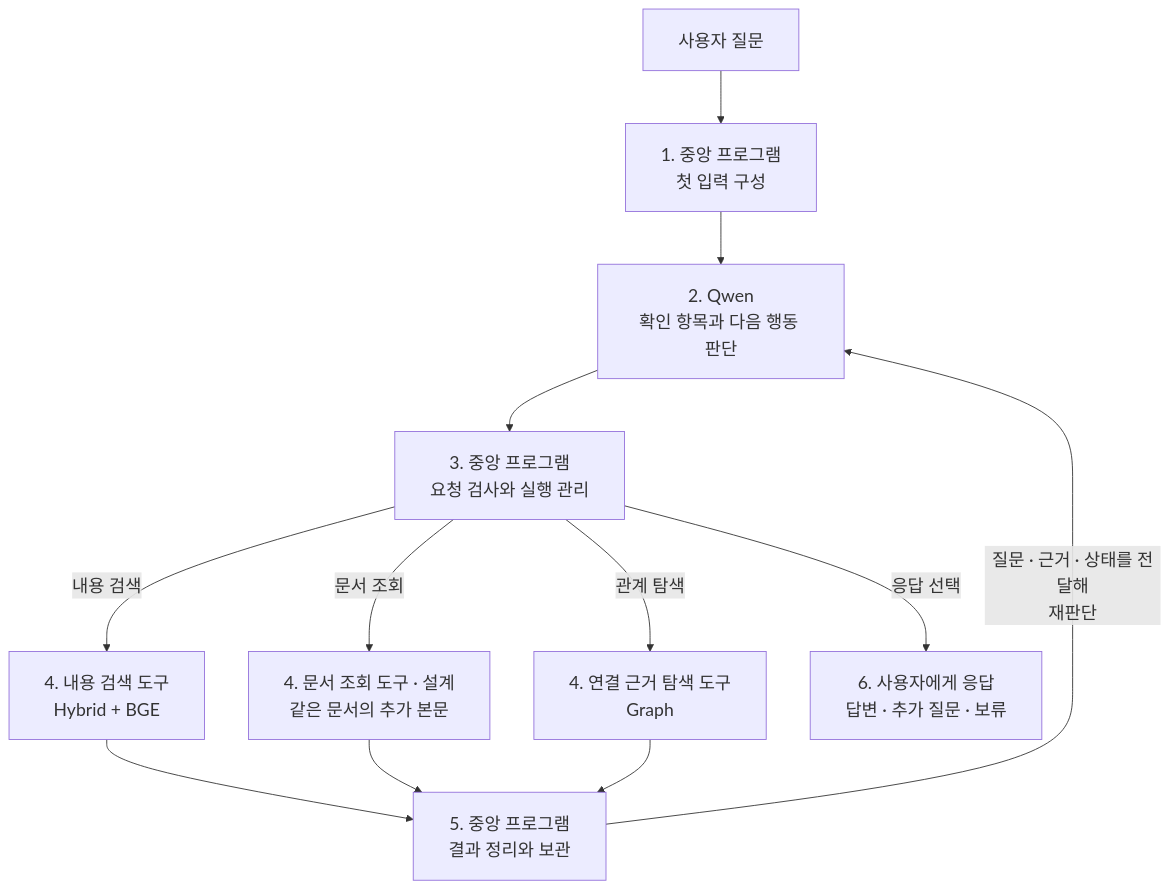
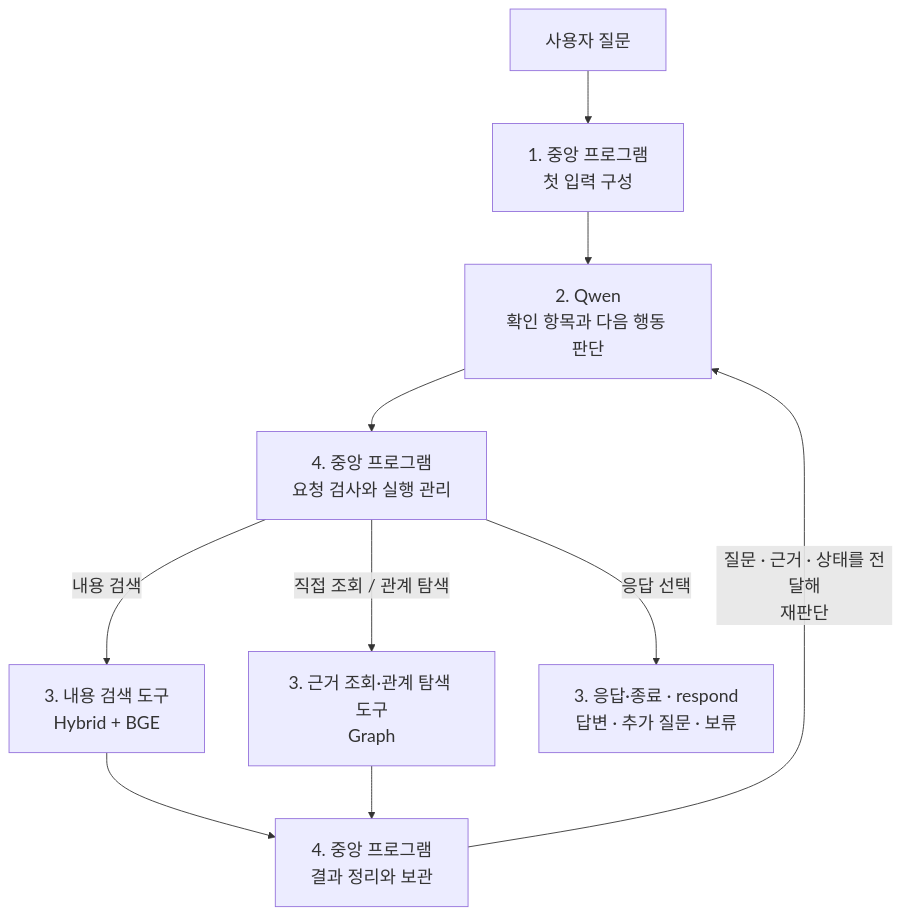
One commit to westiion/Civic-Link changed the first of 2 diagrams in week8/AGENT.md. Above: the diagram before and after it, drawn with Mermaid. The commit also changed other lines of this file and 25 other files, not shown here.

Commit message:
feat: implement graph evidence access and resumable agent comparisons

````diff
--- a/week8/AGENT.md
+++ b/week8/AGENT.md
@@ -5,23 +5,21 @@
 ```mermaid
 ---
 config:
   themeVariables:
     fontSize: "20px"
   flowchart:
     nodeSpacing: 50
     rankSpacing: 60
     padding: 20
 ---
 flowchart TD
     U["사용자 질문"] --> I["1. 중앙 프로그램<br/>첫 입력 구성"]
     I --> Q["2. Qwen<br/>확인 항목과 다음 행동 판단"]
-    Q --> C["3. 중앙 프로그램<br/>요청 검사와 실행 관리"]
-    C -->|내용 검색| S["4. 내용 검색 도구<br/>Hybrid + BGE"]
-    C -->|문서 조회| L["4. 문서 조회 도구 · 설계<br/>같은 문서의 추가 본문"]
-    C -->|관계 탐색| G["4. 연결 근거 탐색 도구<br/>Graph"]
-    S --> R["5. 중앙 프로그램<br/>결과 정리와 보관"]
-    L --> R
+    Q --> C["4. 중앙 프로그램<br/>요청 검사와 실행 관리"]
+    C -->|내용 검색| S["3. 내용 검색 도구<br/>Hybrid + BGE"]
+    C -->|직접 조회 / 관계 탐색| G["3. 근거 조회·관계 탐색 도구<br/>Graph"]
+    S --> R["4. 중앙 프로그램<br/>결과 정리와 보관"]
     G --> R
     R -->|질문 · 근거 · 상태를 전달해<br/>재판단| Q
-    C -->|응답 선택| A["6. 사용자에게 응답<br/>답변 · 추가 질문 · 보류"]
+    C -->|응답 선택| A["3. 응답·종료 · respond<br/>답변 · 추가 질문 · 보류"]
 ```
````
